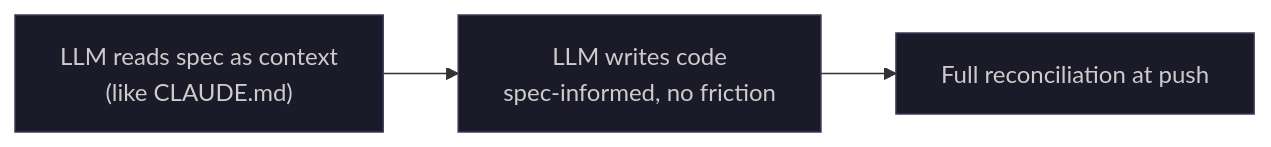
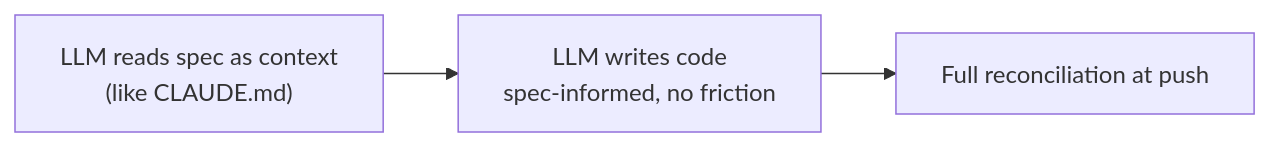
The ninth of 13 diagrams in docs-site/src/content/docs/background/design-diagrams.md (davidroeca/NotarAI), drawn with Mermaid before and after one commit. The commit also changed other lines of this file and 12 other files, not shown here.

First line of the commit message:
Update docs site - mermaid rendering

````diff
--- a/docs-site/src/content/docs/background/design-diagrams.md
+++ b/docs-site/src/content/docs/background/design-diagrams.md
@@ -242,9 +193,5 @@
 ```mermaid
 flowchart LR
     C1["LLM reads spec as context<br/>(like CLAUDE.md)"] --> C2["LLM writes code<br/>spec-informed, no friction"]
     C2 --> C3["Full reconciliation at push"]
-
-    style C1 fill:#1a1a28,stroke:#3a3a5a,color:#ccc
-    style C2 fill:#1a1a28,stroke:#3a3a5a,color:#ccc
-    style C3 fill:#1a1a28,stroke:#3a3a5a,color:#ccc
 ```
````
